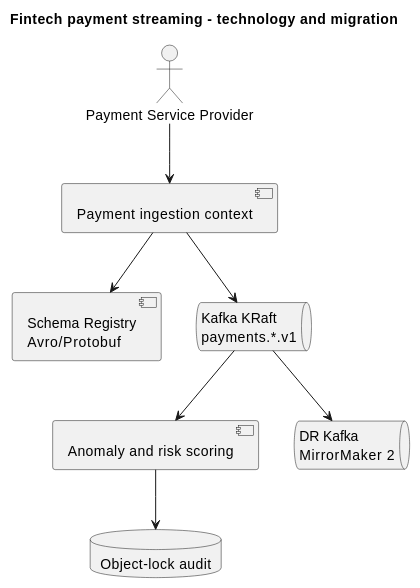
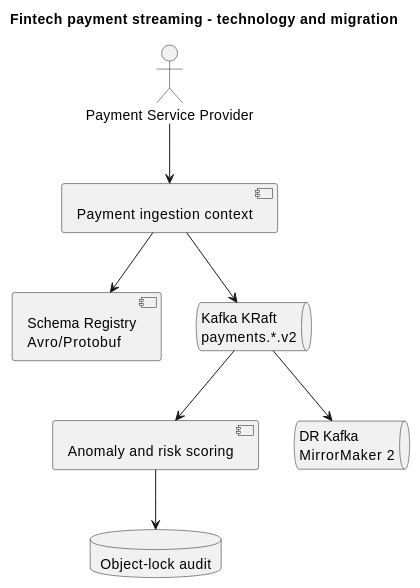
Before and after one commit to amazen33/omni-stream-RAG-mesh: diagram 12 of 12 in docs/TOGAF_Architecture_Definition.md, drawn with PlantUML. The commit also changed other lines of this file, not shown here.

Commit message:
Update docs/TOGAF_Architecture_Definition.md - 2026-09-20 21:19

````diff
--- a/docs/TOGAF_Architecture_Definition.md
+++ b/docs/TOGAF_Architecture_Definition.md
@@ -427,18 +427,18 @@
 ```plantuml
 @startuml
 title Fintech payment streaming - technology and migration
 actor "Payment Service Provider" as psp
 component "Payment ingestion context" as ingest
 component "Schema Registry\nAvro/Protobuf" as registry
-queue "Kafka KRaft\npayments.*.v1" as kafka
+queue "Kafka KRaft\npayments.*.v2" as kafka
 component "Anomaly and risk scoring" as risk
 queue "DR Kafka\nMirrorMaker 2" as dr
 database "Object-lock audit" as audit
 psp --> ingest
 ingest --> registry
 ingest --> kafka
 kafka --> risk
 kafka --> dr
 risk --> audit
 @enduml
 ```
````
